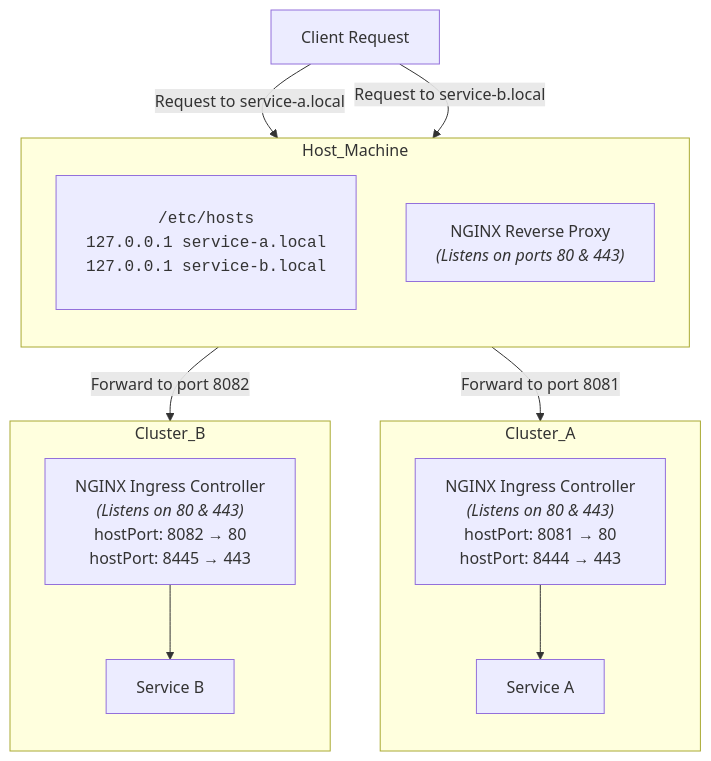
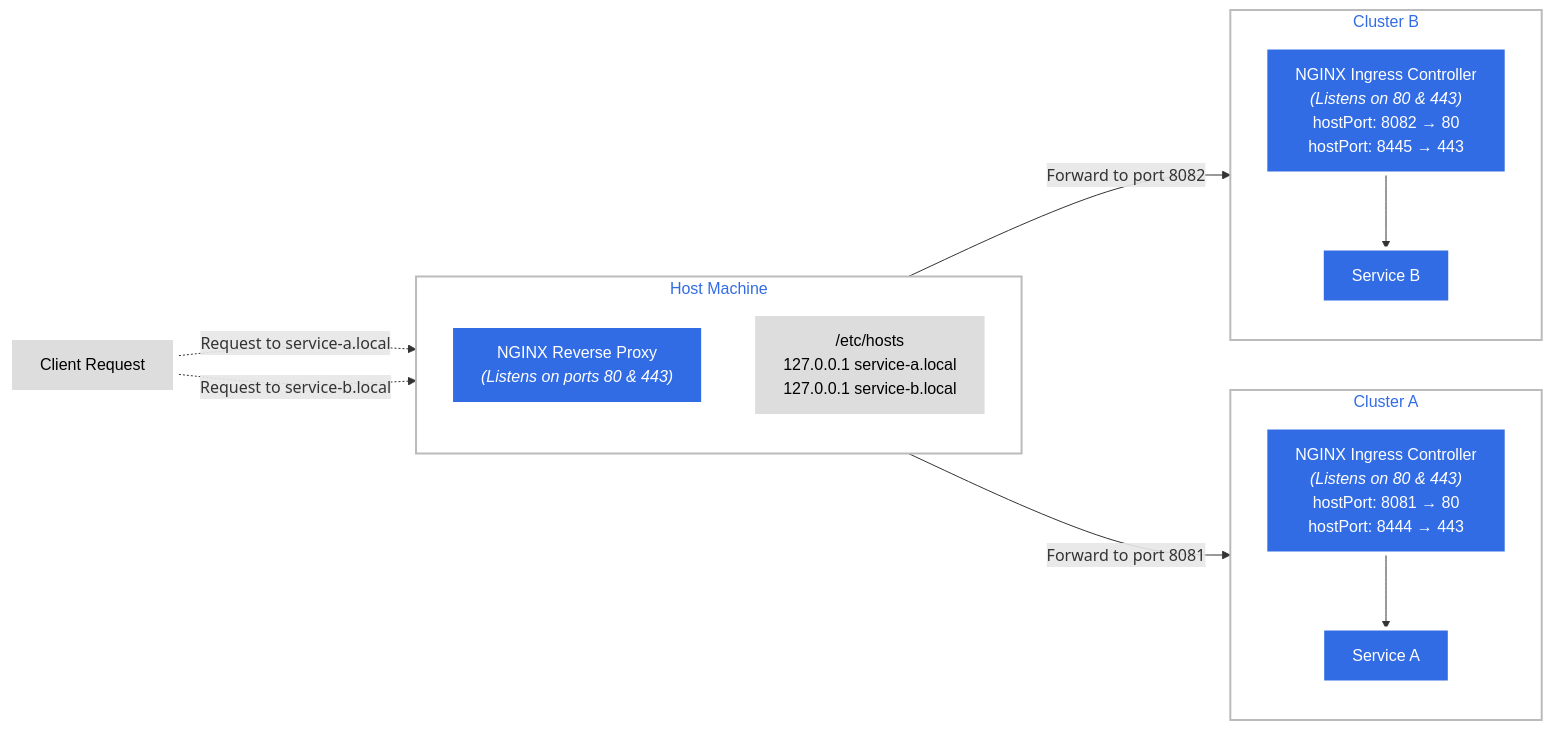
Before and after one commit to nadavSalman/kind-local-multi-clusters: the diagram in readme.md, drawn with Mermaid. The commit also changed other lines of this file, not shown here.

Commit message:
Update mermaid diagram

````diff
--- a/readme.md
+++ b/readme.md
@@ -5,31 +5,42 @@
 ```mermaid
-graph TD
-    subgraph Host_Machine
-        direction TB
-        etc_hosts["<pre>/etc/hosts<br>127.0.0.1 service-a.local<br>127.0.0.1 service-b.local</pre>"]
-        nginx_proxy["NGINX Reverse Proxy<br><i>(Listens on ports 80 & 443)</i>"]
-    end
+graph LR
+  client["Client Request"]-.->|Request to service-a.local| nginx_proxy
+  client-.->|Request to service-b.local| nginx_proxy
 
-    subgraph Cluster_A
-        direction TB
-        ingress_a["NGINX Ingress Controller<br><i>(Listens on 80 & 443)</i><br>hostPort: 8081 → 80<br>hostPort: 8444 → 443"]
-        service_a["Service A"]
-    end
+  subgraph Host_Machine["Host Machine"]
+    direction TB
+    etc_hosts["/etc/hosts<br>127.0.0.1 service-a.local<br>127.0.0.1 service-b.local"]
+    nginx_proxy["NGINX Reverse Proxy<br><i>(Listens on ports 80 & 443)</i>"]
+  end
 
-    subgraph Cluster_B
-        direction TB
-        ingress_b["NGINX Ingress Controller<br><i>(Listens on 80 & 443)</i><br>hostPort: 8082 → 80<br>hostPort: 8445 → 443"]
-        service_b["Service B"]
-    end
+  subgraph Cluster_A["Cluster A"]
+    direction TB
+    ingress_a["NGINX Ingress Controller<br><i>(Listens on 80 & 443)</i><br>hostPort: 8081 → 80<br>hostPort: 8444 → 443"]
+    service_a["Service A"]
+  end
 
-    client["Client Request"]
+  subgraph Cluster_B["Cluster B"]
+    direction TB
+    ingress_b["NGINX Ingress Controller<br><i>(Listens on 80 & 443)</i><br>hostPort: 8082 → 80<br>hostPort: 8445 → 443"]
+    service_b["Service B"]
+  end
 
-    client -->|Request to service-a.local| nginx_proxy
-    client -->|Request to service-b.local| nginx_proxy
+  nginx_proxy -->|Forward to port 8081| ingress_a
+  nginx_proxy -->|Forward to port 8082| ingress_b
 
-    nginx_proxy -->|Forward to port 8081| ingress_a
-    nginx_proxy -->|Forward to port 8082| ingress_b
+  ingress_a --> service_a
+  ingress_b --> service_b
 
-    ingress_a --> service_a
-    ingress_b --> service_b
+  %% Classes & styling like Kubernetes ODC theme
+  classDef plain fill:#ddd,stroke:#fff,stroke-width:4px,color:#000,font-family:Arial;
+  classDef k8s fill:#326ce5,stroke:#fff,stroke-width:4px,color:#fff,font-family:Arial;
+  classDef cluster fill:#fff,stroke:#bbb,stroke-width:2px,color:#326ce5,font-family:Arial;
+
+  class client plain;
+  class nginx_proxy k8s;
+  class ingress_a,ingress_b,service_a,service_b k8s;
+  class Host_Machine,Cluster_A,Cluster_B cluster;
+  class etc_hosts plain;
+
+
 ```
````
